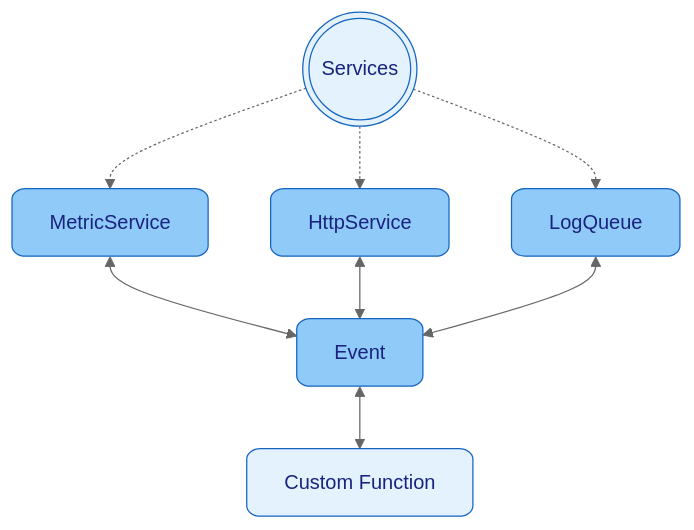
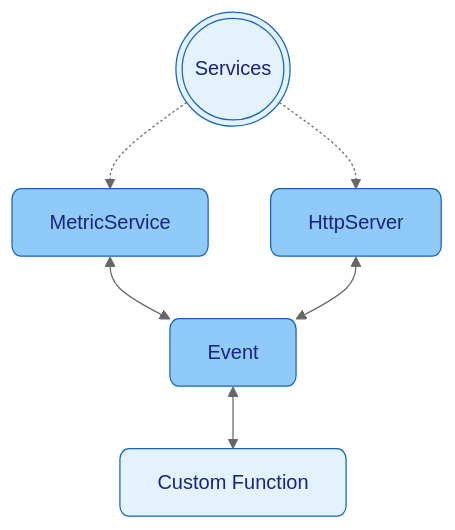
One commit to NanoNative/nano changed the diagram in docs/services/README.md. Above: the diagram before and after it, drawn with Mermaid (neutral theme). The commit also changed other lines of this file and 54 other files, not shown here.

````diff
--- a/docs/services/README.md
+++ b/docs/services/README.md
@@ -23,17 +22,14 @@
 ```mermaid
 flowchart TD
     services(((Services))) -.-> metricService[MetricService]
-    services -.-> httpService[HttpService]
-    services -.-> logQueue[LogQueue]
+    services -.-> httpServer[HttpServer]
     metricService <--> events[Event]
-    httpService <--> events[Event]
-    logQueue <--> events[Event]
+    httpServer <--> events[Event]
     events[Event] <--> function[Custom Function]
     
     style services fill:#E3F2FD,stroke:#1565C0,stroke-width:1px,color:#1A237E,rx:2%,ry:2%
     style events fill:#90CAF9,stroke:#1565C0,stroke-width:1px,color:#1A237E,rx:2%,ry:2%
-    style httpService fill:#90CAF9,stroke:#1565C0,stroke-width:1px,color:#1A237E,rx:2%,ry:2%
+    style httpServer fill:#90CAF9,stroke:#1565C0,stroke-width:1px,color:#1A237E,rx:2%,ry:2%
     style metricService fill:#90CAF9,stroke:#1565C0,stroke-width:1px,color:#1A237E,rx:2%,ry:2%
-    style logQueue fill:#90CAF9,stroke:#1565C0,stroke-width:1px,color:#1A237E,rx:2%,ry:2%
     style function fill:#E3F2FD,stroke:#1565C0,stroke-width:1px,color:#1A237E,rx:2%,ry:2%
 ```
````
